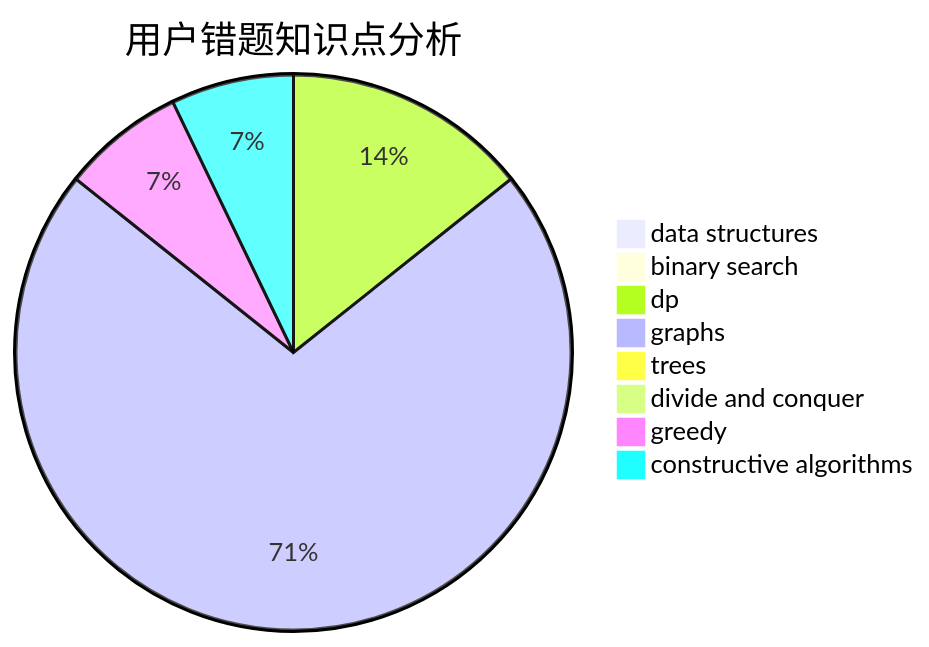
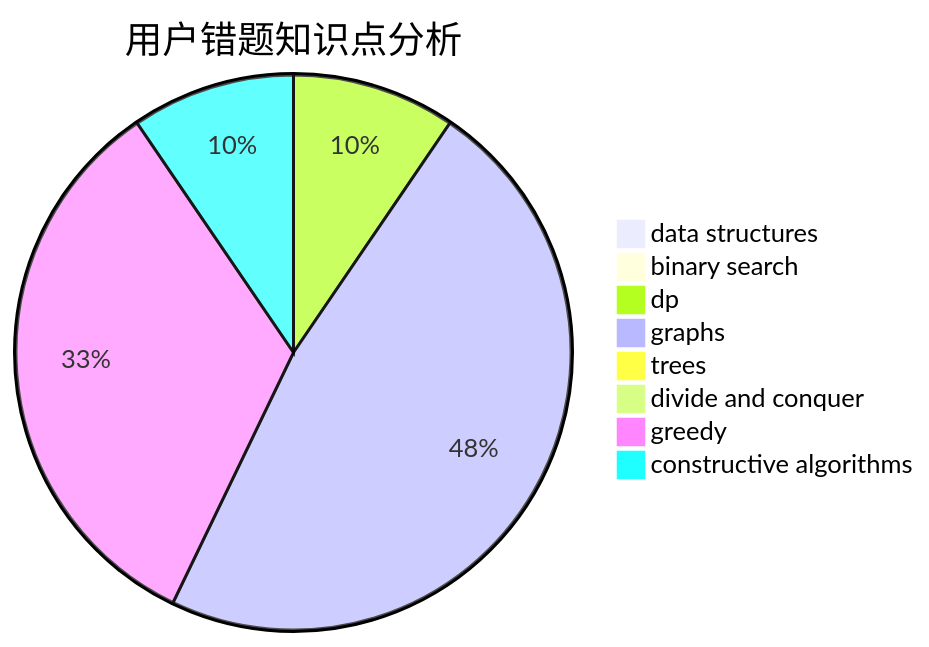
Before and after one commit to sherpahu/cfrs.github.io: the third of 3 diagrams in docs/user/u2463.md, drawn with Mermaid. The commit also changed other lines of this file and 2770 other files, not shown here.

````diff
--- a/docs/user/u2463.md
+++ b/docs/user/u2463.md
@@ -36,11 +36,11 @@
 ```mermaid
 pie title 用户错题知识点分析
     "data structures" :  0
     "binary search" :  0
     "dp" :  2
     "graphs" :  10
     "trees" :  0
     "divide and conquer" :  0
-    "greedy" :  1
-    "constructive algorithms" :  1
+    "greedy" :  7
+    "constructive algorithms" :  2
 ```
````
